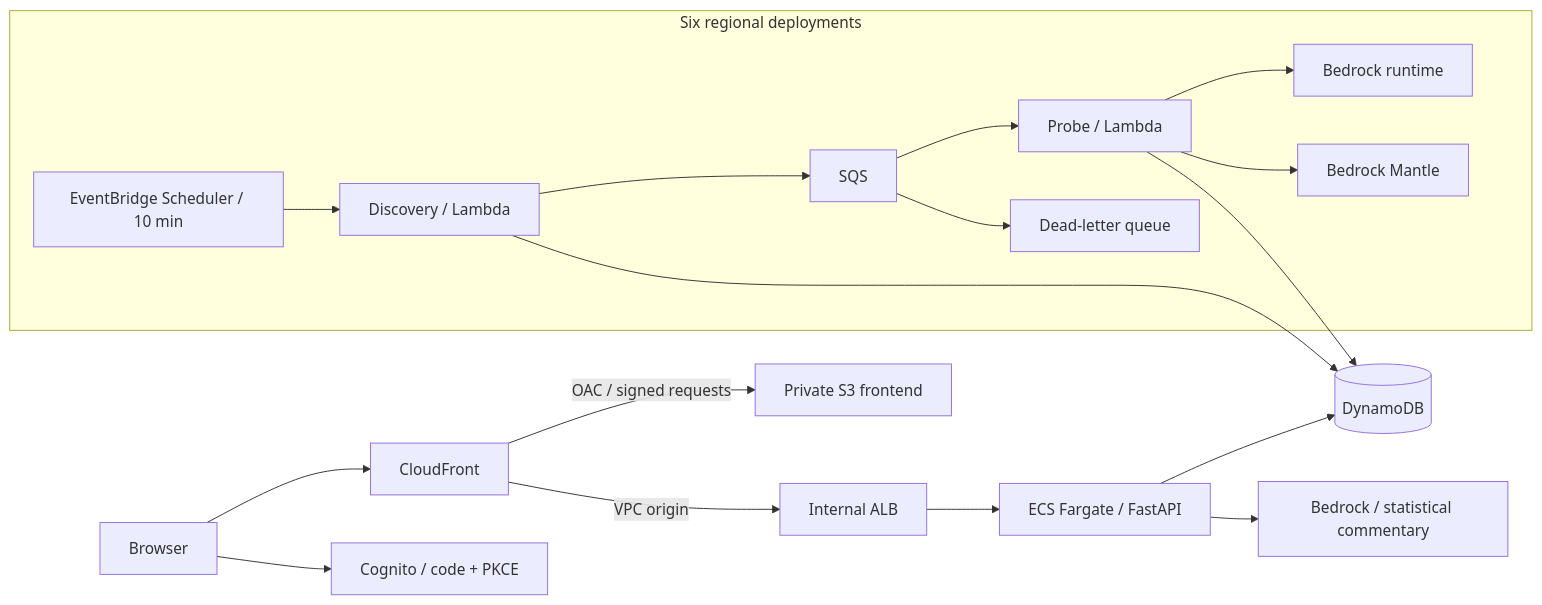
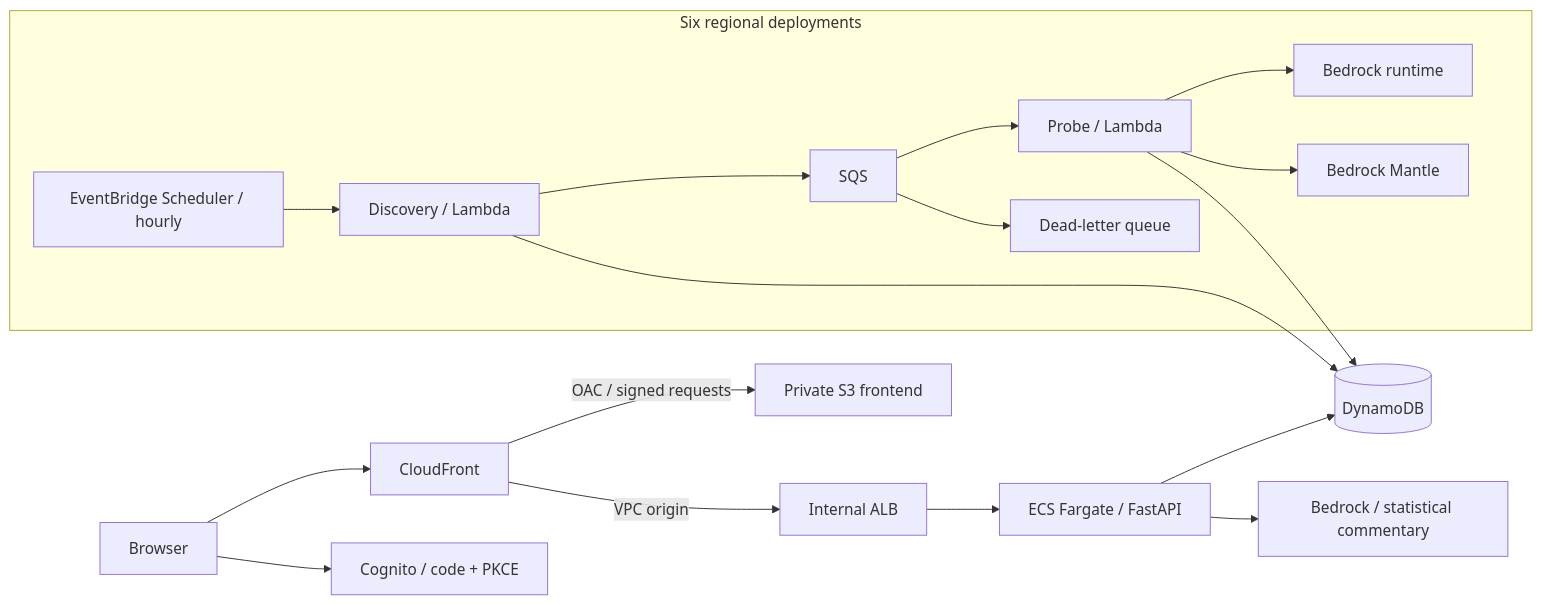
One commit to milan9527/bedrock-model-probe changed the diagram in README.md. Above: the diagram before and after it, drawn with Mermaid. The commit also changed other lines of this file and 17 other files, not shown here.

````diff
--- a/README.md
+++ b/README.md
@@ -11,20 +11,20 @@
 ```mermaid
 flowchart LR
     U[Browser] --> CF[CloudFront]
     CF -->|OAC / signed requests| S3[Private S3 frontend]
     CF -->|VPC origin| ALB[Internal ALB]
     ALB --> ECS[ECS Fargate / FastAPI]
     U --> AUTH[Cognito / code + PKCE]
     ECS --> DB[(DynamoDB)]
     ECS --> AI[Bedrock / statistical commentary]
     subgraph Six regional deployments
-      TIMER[EventBridge Scheduler / 10 min] --> PLAN[Discovery / Lambda]
+      TIMER[EventBridge Scheduler / hourly] --> PLAN[Discovery / Lambda]
       PLAN --> Q[SQS]
       Q --> WORK[Probe / Lambda]
       WORK --> RT[Bedrock runtime]
       WORK --> MT[Bedrock Mantle]
       Q --> DLQ[Dead-letter queue]
     end
     PLAN --> DB
     WORK --> DB
 ```
````
